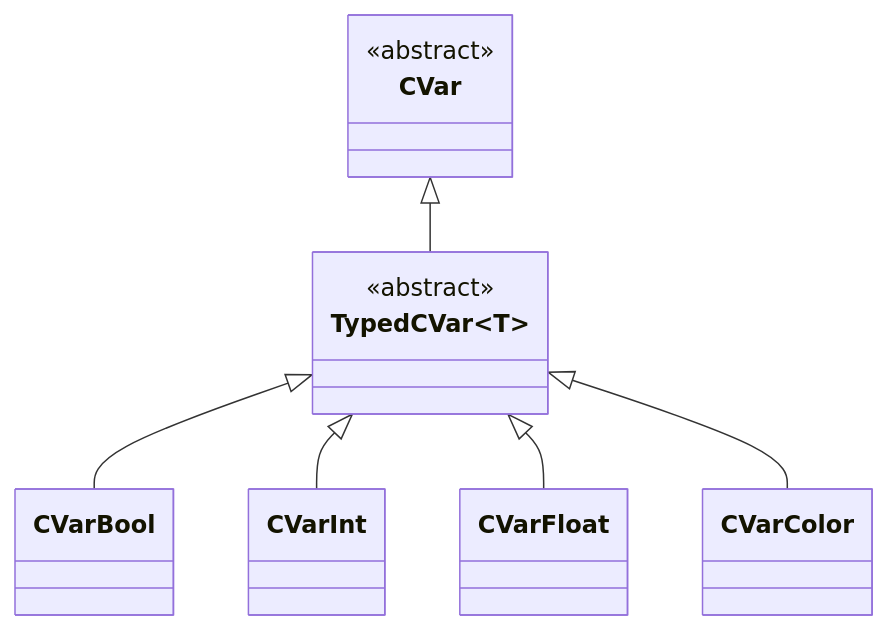
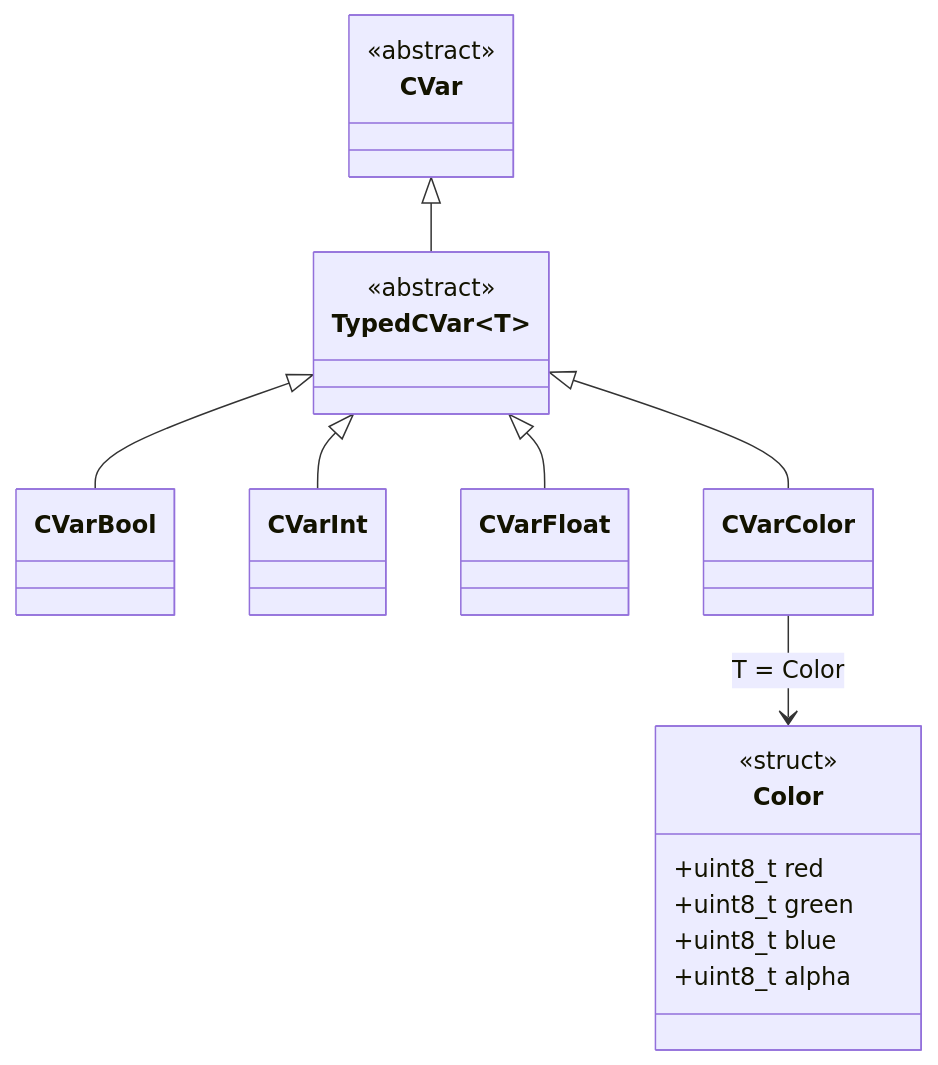
Before and after one commit to notnotme/bbloc: the second of 10 diagrams in docs/class_diagram.md, drawn with Mermaid. The commit also changed other lines of this file and 3 other files, not shown here.

````diff
--- a/docs/class_diagram.md
+++ b/docs/class_diagram.md
@@ -50,19 +50,27 @@
 ```mermaid
 classDiagram
     class CVar {
         <<abstract>>
     }
     class TypedCVar~T~ {
         <<abstract>>
     }
     class CVarBool
     class CVarInt
     class CVarFloat
     class CVarColor
+    class Color {
+        <<struct>>
+        +uint8_t red
+        +uint8_t green
+        +uint8_t blue
+        +uint8_t alpha
+    }
 
     CVar <|-- TypedCVar~T~
     TypedCVar~T~ <|-- CVarBool
     TypedCVar~T~ <|-- CVarInt
     TypedCVar~T~ <|-- CVarFloat
     TypedCVar~T~ <|-- CVarColor
+    CVarColor --> Color : T = Color
 ```
````
